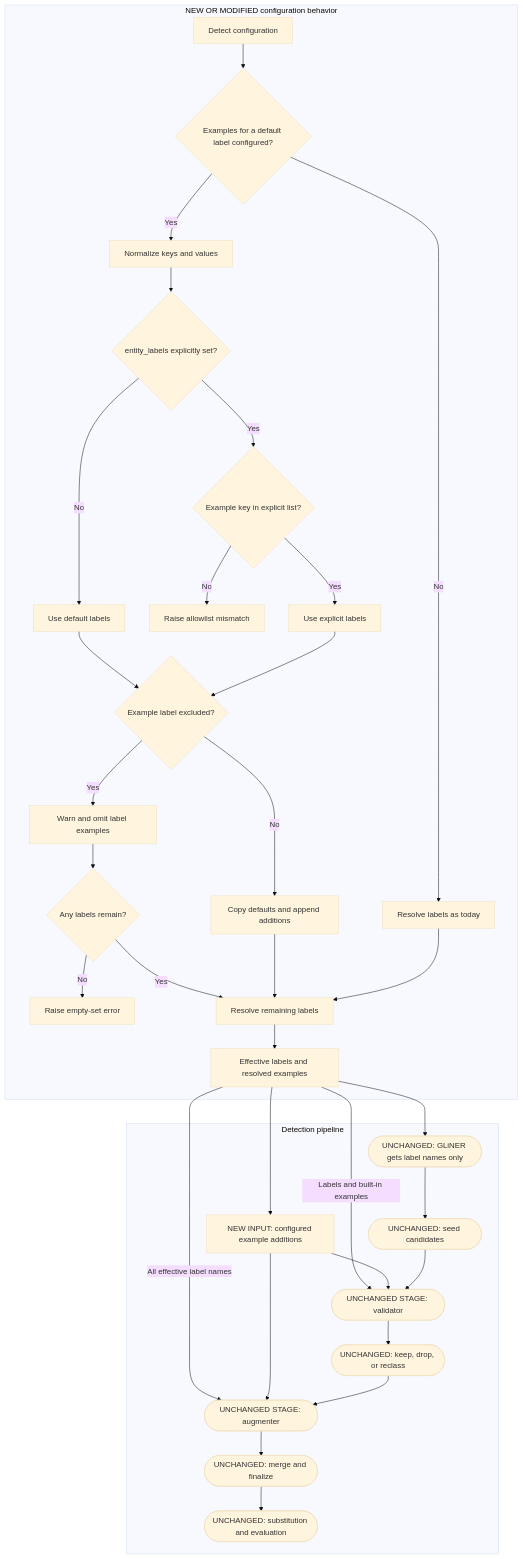
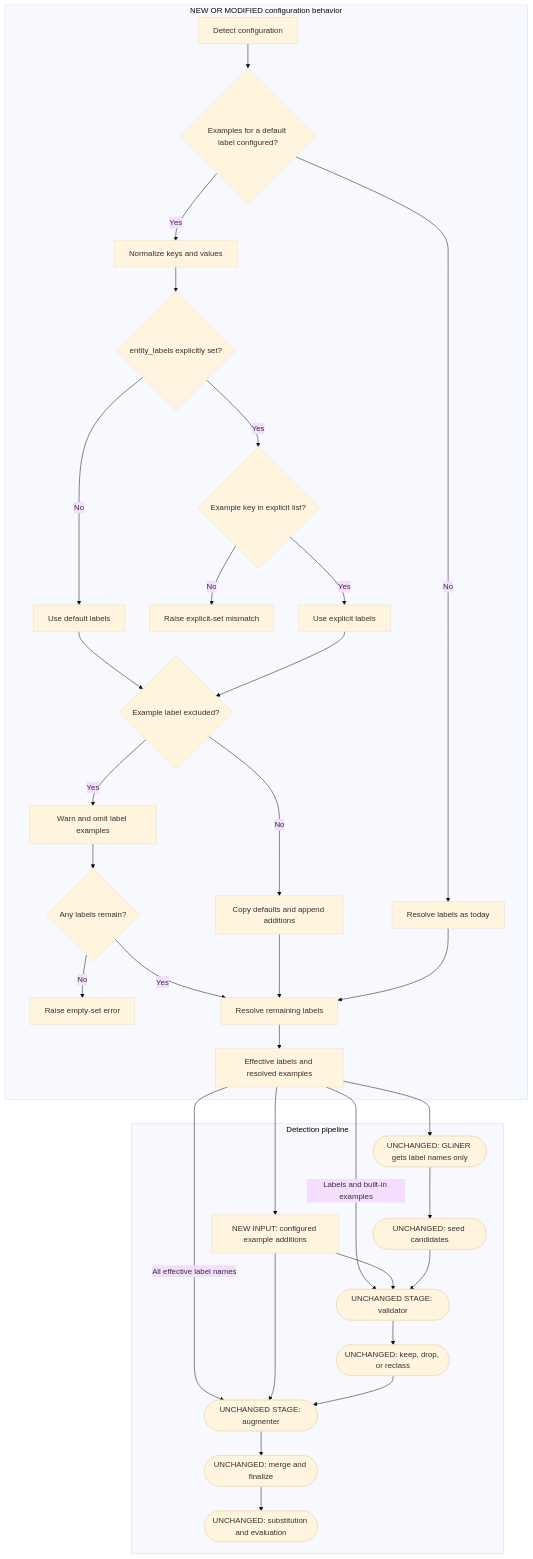
Before and after one commit to NVIDIA-NeMo/Anonymizer: the first of 3 diagrams in plans/259-add-entity-label-examples.md, drawn with Mermaid (base theme). The commit also changed other lines of this file and 24 other files, not shown here.

````diff
--- a/plans/259-add-entity-label-examples.md
+++ b/plans/259-add-entity-label-examples.md
@@ -78,38 +77,38 @@
 ```mermaid
 flowchart TB
     subgraph builtConfig [NEW OR MODIFIED configuration behavior]
         BuiltStart["Detect configuration"] --> BuiltExamples{"Examples for a default label configured?"}
         BuiltExamples -->|"No"| BuiltCurrent["Resolve labels as today"]
         BuiltExamples -->|"Yes"| BuiltNormalize["Normalize keys and values"]
         BuiltNormalize --> BuiltExplicit{"entity_labels explicitly set?"}
         BuiltExplicit -->|"No"| BuiltDefaults["Use default labels"]
         BuiltExplicit -->|"Yes"| BuiltListed{"Example key in explicit list?"}
-        BuiltListed -->|"No"| BuiltMismatch["Raise allowlist mismatch"]
+        BuiltListed -->|"No"| BuiltMismatch["Raise explicit-set mismatch"]
         BuiltListed -->|"Yes"| BuiltSelected["Use explicit labels"]
         BuiltDefaults --> BuiltExcluded{"Example label excluded?"}
         BuiltSelected --> BuiltExcluded
         BuiltExcluded -->|"Yes"| BuiltWarn["Warn and omit label examples"]
         BuiltWarn --> BuiltRemaining{"Any labels remain?"}
         BuiltRemaining -->|"No"| BuiltEmpty["Raise empty-set error"]
         BuiltRemaining -->|"Yes"| BuiltResolve["Resolve remaining labels"]
         BuiltExcluded -->|"No"| BuiltMerge["Copy defaults and append additions"]
         BuiltMerge --> BuiltResolve
         BuiltCurrent --> BuiltResolve
         BuiltResolve --> BuiltOntology["Effective labels and resolved examples"]
     end
 
     subgraph builtPipeline [Detection pipeline]
         BuiltOntology --> BuiltGliner(["UNCHANGED: GLiNER gets label names only"])
         BuiltGliner --> BuiltCandidates(["UNCHANGED: seed candidates"])
         BuiltOntology -->|"Labels and built-in examples"| BuiltValidator(["UNCHANGED STAGE: validator"])
         BuiltOntology --> BuiltConfigured["NEW INPUT: configured example additions"]
         BuiltConfigured --> BuiltValidator
         BuiltCandidates --> BuiltValidator
         BuiltValidator --> BuiltDecisions(["UNCHANGED: keep, drop, or reclass"])
         BuiltOntology -->|"All effective label names"| BuiltAugmenter(["UNCHANGED STAGE: augmenter"])
         BuiltConfigured --> BuiltAugmenter
         BuiltDecisions --> BuiltAugmenter
         BuiltAugmenter --> BuiltFinal(["UNCHANGED: merge and finalize"])
         BuiltFinal --> BuiltDownstream(["UNCHANGED: substitution and evaluation"])
     end
 ```
````
